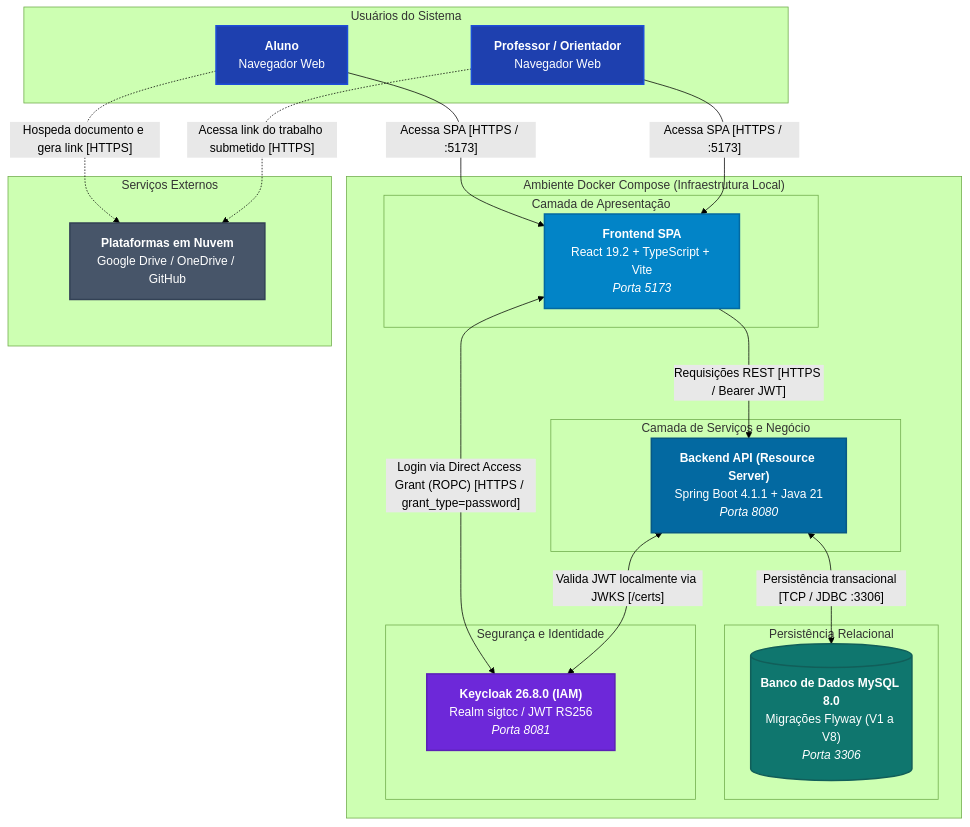
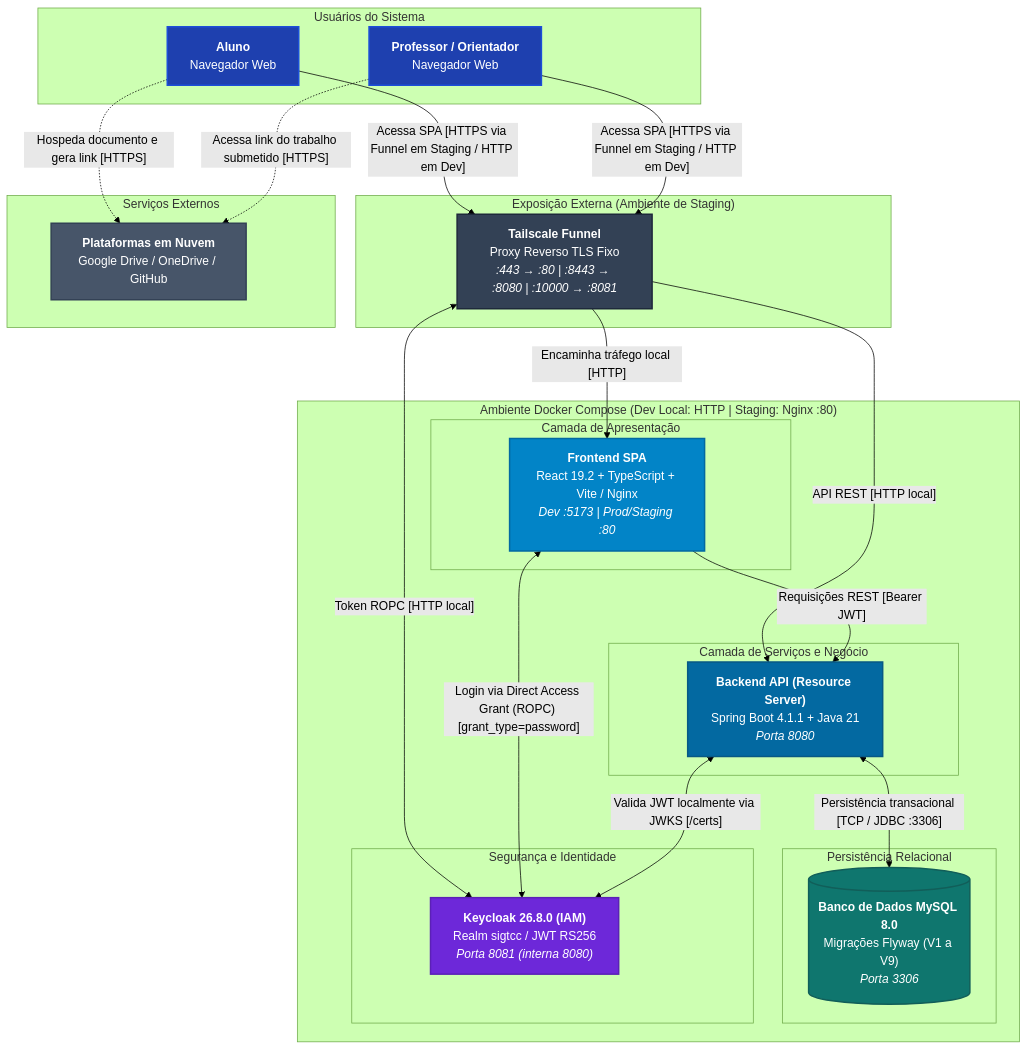
Before and after one commit to IFSC-ES2/es2-2026_2-equipe-3: the second of 2 diagrams in docs/ARQUITETURA.md, drawn with Mermaid (forest theme). The commit also changed other lines of this file and 6 other files, not shown here.

Commit message:
docs: revisa arquitetura, diagramas C4, ADRs e padroes OO (#281)

````diff
--- a/docs/ARQUITETURA.md
+++ b/docs/ARQUITETURA.md
@@ -70,48 +70,56 @@
 ```mermaid
 flowchart TB
     classDef actor fill:#1e40af,stroke:#1d4ed8,stroke-width:2px,color:#ffffff;
+    classDef tunnel fill:#334155,stroke:#1e293b,stroke-width:2px,color:#ffffff;
     classDef front fill:#0284c7,stroke:#0369a1,stroke-width:2px,color:#ffffff;
     classDef back fill:#0369a1,stroke:#075985,stroke-width:2px,color:#ffffff;
     classDef db fill:#0f766e,stroke:#115e59,stroke-width:2px,color:#ffffff;
     classDef iam fill:#6d28d9,stroke:#5b21b6,stroke-width:2px,color:#ffffff;
     classDef cloud fill:#475569,stroke:#334155,stroke-width:2px,color:#ffffff;
 
     subgraph Atores["Usuários do Sistema"]
         aluno["<b>Aluno</b><br/>Navegador Web"]:::actor
         professor["<b>Professor / Orientador</b><br/>Navegador Web"]:::actor
     end
 
-    subgraph Docker["Ambiente Docker Compose (Infraestrutura Local)"]
+    subgraph Edge["Exposição Externa (Ambiente de Staging)"]
+        funnel["<b>Tailscale Funnel</b><br/>Proxy Reverso TLS Fixo<br/><i>:443 → :80 | :8443 → :8080 | :10000 → :8081</i>"]:::tunnel
+    end
+
+    subgraph Docker["Ambiente Docker Compose (Dev Local: HTTP | Staging: Nginx :80)"]
         subgraph FrontCont["Camada de Apresentação"]
-            frontend["<b>Frontend SPA</b><br/>React 19.2 + TypeScript + Vite<br/><i>Porta 5173</i>"]:::front
+            frontend["<b>Frontend SPA</b><br/>React 19.2 + TypeScript + Vite / Nginx<br/><i>Dev :5173 | Prod/Staging :80</i>"]:::front
         end
 
         subgraph BackCont["Camada de Serviços e Negócio"]
             backend["<b>Backend API (Resource Server)</b><br/>Spring Boot 4.1.1 + Java 21<br/><i>Porta 8080</i>"]:::back
         end
 
         subgraph DbCont["Persistência Relacional"]
-            db[("<b>Banco de Dados MySQL 8.0</b><br/>Migrações Flyway (V1 a V8)<br/><i>Porta 3306</i>")]:::db
+            db[("<b>Banco de Dados MySQL 8.0</b><br/>Migrações Flyway (V1 a V9)<br/><i>Porta 3306</i>")]:::db
         end
 
         subgraph IamCont["Segurança e Identidade"]
-            keycloak["<b>Keycloak 26.8.0 (IAM)</b><br/>Realm sigtcc / JWT RS256<br/><i>Porta 8081</i>"]:::iam
+            keycloak["<b>Keycloak 26.8.0 (IAM)</b><br/>Realm sigtcc / JWT RS256<br/><i>Porta 8081 (interna 8080)</i>"]:::iam
         end
     end
 
     subgraph NuvemExt["Serviços Externos"]
         nuvem["<b>Plataformas em Nuvem</b><br/>Google Drive / OneDrive / GitHub"]:::cloud
     end
 
-    aluno -->|"Acessa SPA [HTTPS / :5173]"| frontend
-    professor -->|"Acessa SPA [HTTPS / :5173]"| frontend
+    aluno -->|"Acessa SPA [HTTPS via Funnel em Staging / HTTP em Dev]"| funnel
+    professor -->|"Acessa SPA [HTTPS via Funnel em Staging / HTTP em Dev]"| funnel
+    funnel -->|"Encaminha tráfego local [HTTP]"| frontend
+    funnel <-->|"Token ROPC [HTTP local]"| keycloak
+    funnel -->|"API REST [HTTP local]"| backend
 
-    frontend <-->|"Login via Direct Access Grant (ROPC) [HTTPS / grant_type=password]"| keycloak
-    frontend -->|"Requisições REST [HTTPS / Bearer JWT]"| backend
+    frontend <-->|"Login via Direct Access Grant (ROPC) [grant_type=password]"| keycloak
+    frontend -->|"Requisições REST [Bearer JWT]"| backend
 
     backend <-->|"Valida JWT localmente via JWKS [/certs]"| keycloak
     backend <-->|"Persistência transacional [TCP / JDBC :3306]"| db
 
     aluno -.->|"Hospeda documento e gera link [HTTPS]"| nuvem
     professor -.->|"Acessa link do trabalho submetido [HTTPS]"| nuvem
 ```
````
